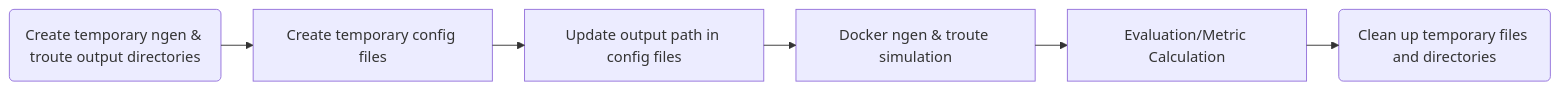
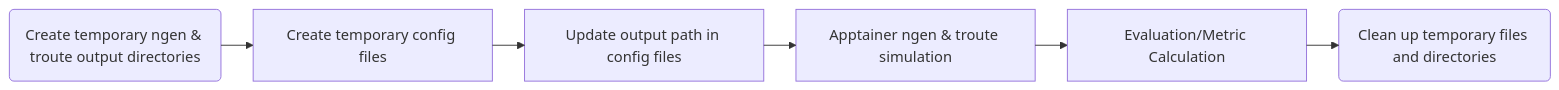
The diagram in readme.md (CIROH-UA/NGIAB-Spotpy), drawn with Mermaid before and after one commit. The commit also changed other lines of this file and 3 other files, not shown here.

````diff
--- a/readme.md
+++ b/readme.md
@@ -334,13 +349,13 @@
 ```mermaid
 ---
 config:
   layout: elk
 ---
 flowchart LR
     A(Create temporary ngen & troute output directories) --> B
     B[Create temporary config files] --> C
     C[Update output path in config files] --> D
-    D[Docker ngen & troute simulation] --> E
+    D[Apptainer ngen & troute simulation] --> E
     E[Evaluation/Metric Calculation] --> F
     F(Clean up temporary files and directories)
 ```
````
